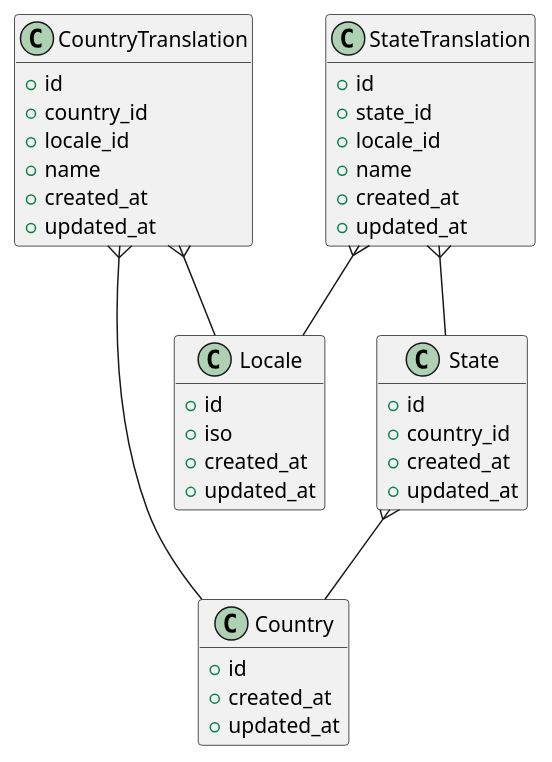
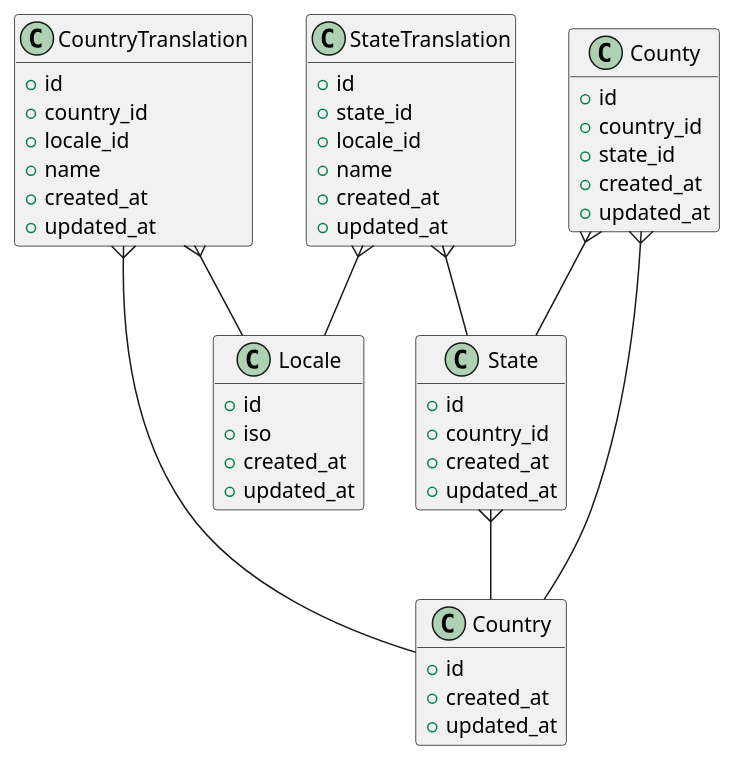
One commit to Corona-vor-Ort/corona-vor-ort-api changed the diagram in docs/db.puml. Above: the diagram before and after it, drawn with PlantUML. The commit also changed 5 other files, not shown here.

```diff
--- a/docs/db.puml
+++ b/docs/db.puml
@@ -1,52 +1,63 @@
 @startuml
 
 hide empty fields
 hide empty methods
 
 class Locale {
     + id
     + iso
     + created_at
     + updated_at
 }
 
 class Country {
     + id
     + created_at
     + updated_at
 }
 
 class CountryTranslation {
     + id
     + country_id
     + locale_id
     + name
     + created_at
     + updated_at
 }
 
 CountryTranslation }-- Country
 CountryTranslation }-- Locale
 
 class State {
     + id
     + country_id
     + created_at
     + updated_at
 }
 
 State }-- Country
 
 class StateTranslation {
     + id
     + state_id
     + locale_id
     + name
     + created_at
     + updated_at
 }
 
 StateTranslation }-- State
 StateTranslation }-- Locale
 
+class County {
+    + id
+    + country_id
+    + state_id
+    + created_at
+    + updated_at
+}
+
+County }-- Country
+County }-- State
+
 @enduml
```
